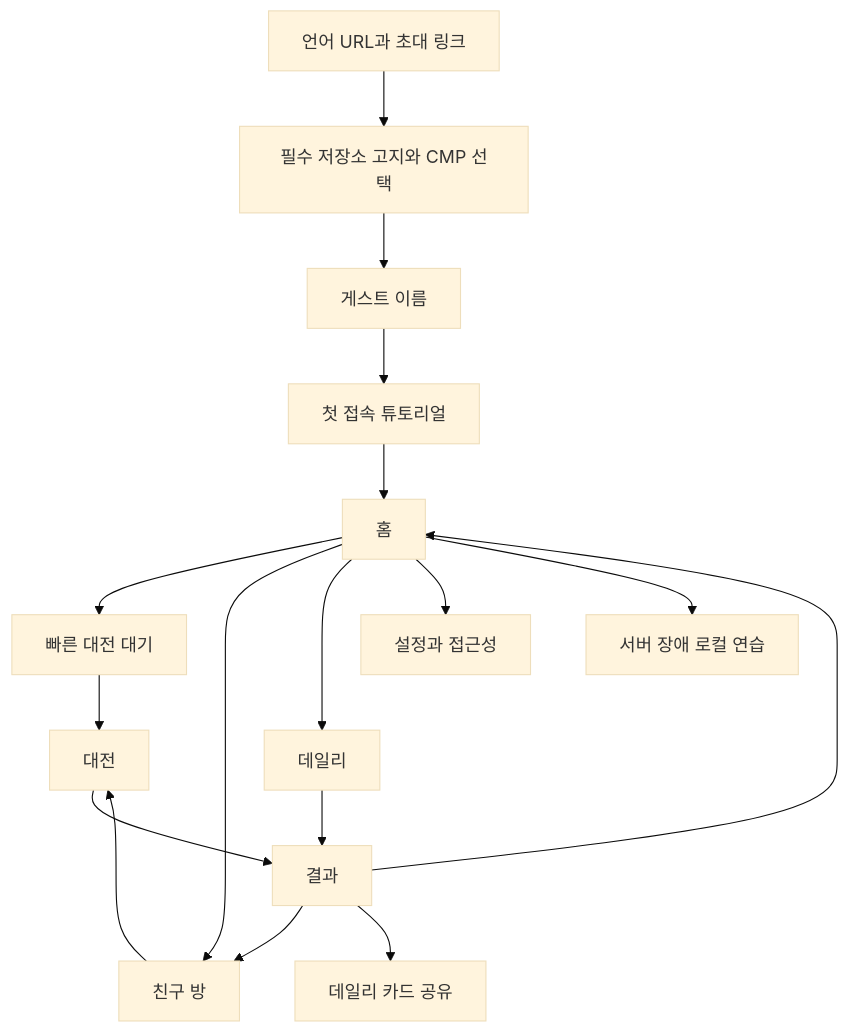
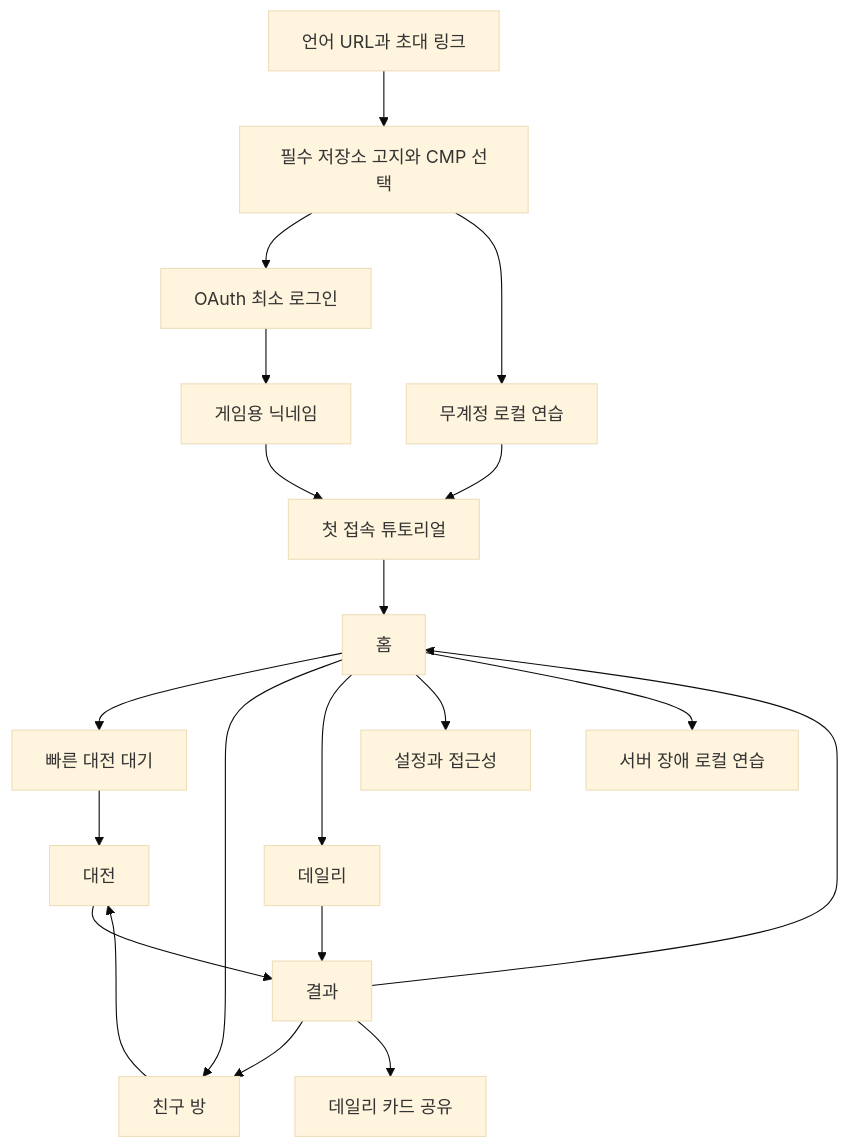
Before and after one commit to crystal23733/search-mine: the diagram in docs/design/09-screens-ux.md, drawn with Mermaid (base theme). The commit also changed other lines of this file and 63 other files, not shown here.

First line of the commit message:
docs(auth): 최소 OAuth 계정과 제공된 화면 설계 반영 (#30)

````diff
--- a/docs/design/09-screens-ux.md
+++ b/docs/design/09-screens-ux.md
@@ -5,19 +5,22 @@
 ```mermaid
 flowchart TD
   Entry[언어 URL과 초대 링크] --> Consent[필수 저장소 고지와 CMP 선택]
-  Consent --> Guest[게스트 이름]
-  Guest --> Tutorial[첫 접속 튜토리얼]
+  Consent --> Auth[OAuth 최소 로그인]
+  Consent --> Local[무계정 로컬 연습]
+  Auth --> Nickname[게임용 닉네임]
+  Nickname --> Tutorial[첫 접속 튜토리얼]
+  Local --> Tutorial
   Tutorial --> Home[홈]
   Home --> Quick[빠른 대전 대기]
   Home --> Friend[친구 방]
   Home --> Daily[데일리]
   Home --> Settings[설정과 접근성]
   Quick --> Match[대전]
   Friend --> Match
   Match --> Result[결과]
   Daily --> Result
   Result --> Home
   Result --> Friend
   Result --> Share[데일리 카드 공유]
   Home --> Offline[서버 장애 로컬 연습]
 ```
````
